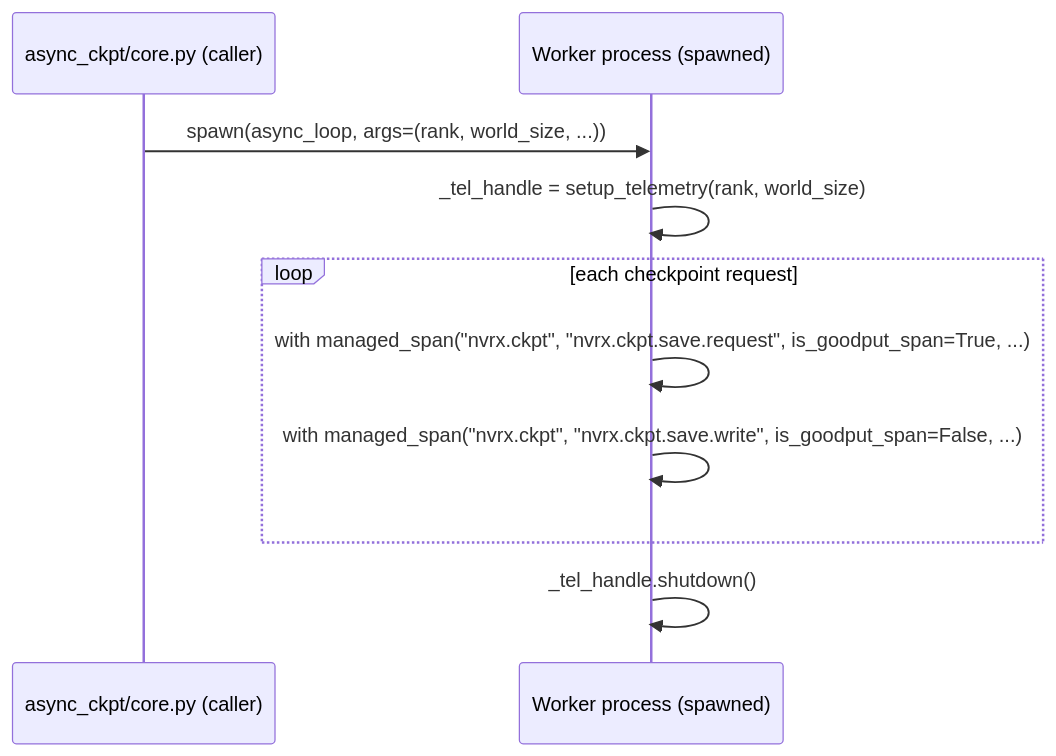
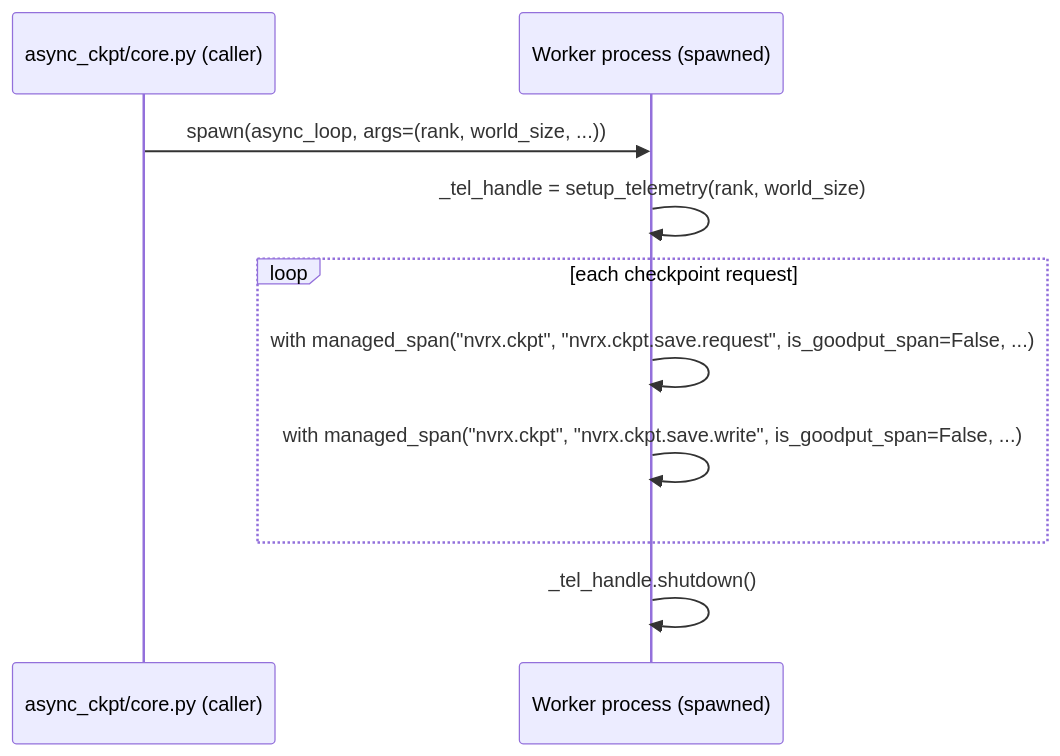
One commit to NVIDIA/nvidia-resiliency-ext changed the fourth of 4 diagrams in docs/design/telemetry/NEMO_LENS.md. Above: the diagram before and after it, drawn with Mermaid. The commit also changed other lines of this file, not shown here.

````diff
--- a/docs/design/telemetry/NEMO_LENS.md
+++ b/docs/design/telemetry/NEMO_LENS.md
@@ -328,13 +349,13 @@
 ```mermaid
 sequenceDiagram
     participant C as async_ckpt/core.py (caller)
     participant W as Worker process (spawned)
 
     C->>W: spawn(async_loop, args=(rank, world_size, ...))
     W->>W: _tel_handle = setup_telemetry(rank, world_size)
     loop each checkpoint request
-        W->>W: with managed_span("nvrx.ckpt", "nvrx.ckpt.save.request", is_goodput_span=True, ...)
+        W->>W: with managed_span("nvrx.ckpt", "nvrx.ckpt.save.request", is_goodput_span=False, ...)
         W->>W: with managed_span("nvrx.ckpt", "nvrx.ckpt.save.write", is_goodput_span=False, ...)
     end
     W->>W: _tel_handle.shutdown()
 ```
````
